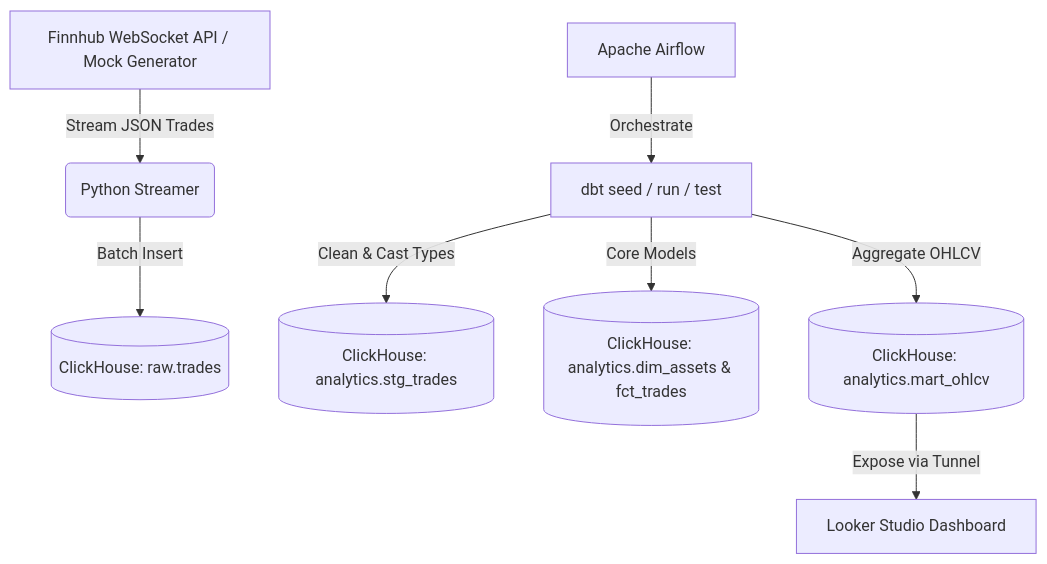
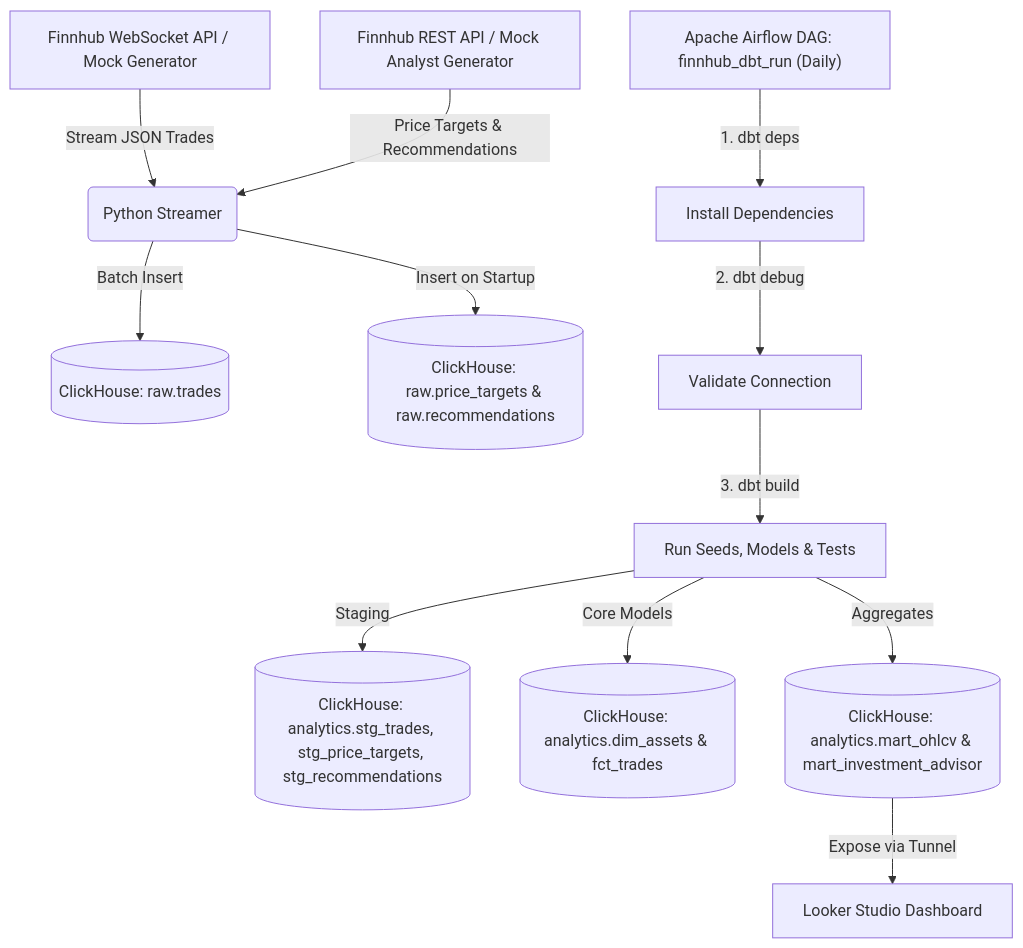
The diagram in README.md (NPimtrll/finnhub-streaming-data-pipeline), drawn with Mermaid before and after one commit. The commit also changed other lines of this file and 1 other file, not shown here.

````diff
--- a/README.md
+++ b/README.md
@@ -11,10 +11,14 @@
 ```mermaid
 graph TD
-    A[Finnhub WebSocket API / Mock Generator] -->|Stream JSON Trades| B(Python Streamer)
-    B -->|Batch Insert| C[(ClickHouse: raw.trades)]
-    D[Apache Airflow] -->|Orchestrate| E[dbt seed / run / test]
-    E -->|Clean & Cast Types| F[(ClickHouse: analytics.stg_trades)]
-    E -->|Core Models| G[(ClickHouse: analytics.dim_assets & fct_trades)]
-    E -->|Aggregate OHLCV| H[(ClickHouse: analytics.mart_ohlcv)]
+    A["Finnhub WebSocket API / Mock Generator"] -->|Stream JSON Trades| B(Python Streamer)
+    A2["Finnhub REST API / Mock Analyst Generator"] -->|"Price Targets & Recommendations"| B
+    B -->|Batch Insert| C[("ClickHouse: raw.trades")]
+    B -->|"Insert on Startup"| C2[("ClickHouse: raw.price_targets & raw.recommendations")]
+    D["Apache Airflow DAG: finnhub_dbt_run (Daily)"] -->|"1. dbt deps"| E1[Install Dependencies]
+    E1 -->|"2. dbt debug"| E2[Validate Connection]
+    E2 -->|"3. dbt build"| E["Run Seeds, Models & Tests"]
+    E -->|Staging| F[("ClickHouse: analytics.stg_trades, stg_price_targets, stg_recommendations")]
+    E -->|Core Models| G[("ClickHouse: analytics.dim_assets & fct_trades")]
+    E -->|Aggregates| H[("ClickHouse: analytics.mart_ohlcv & mart_investment_advisor")]
     H -->|Expose via Tunnel| I[Looker Studio Dashboard]
 ```
````
